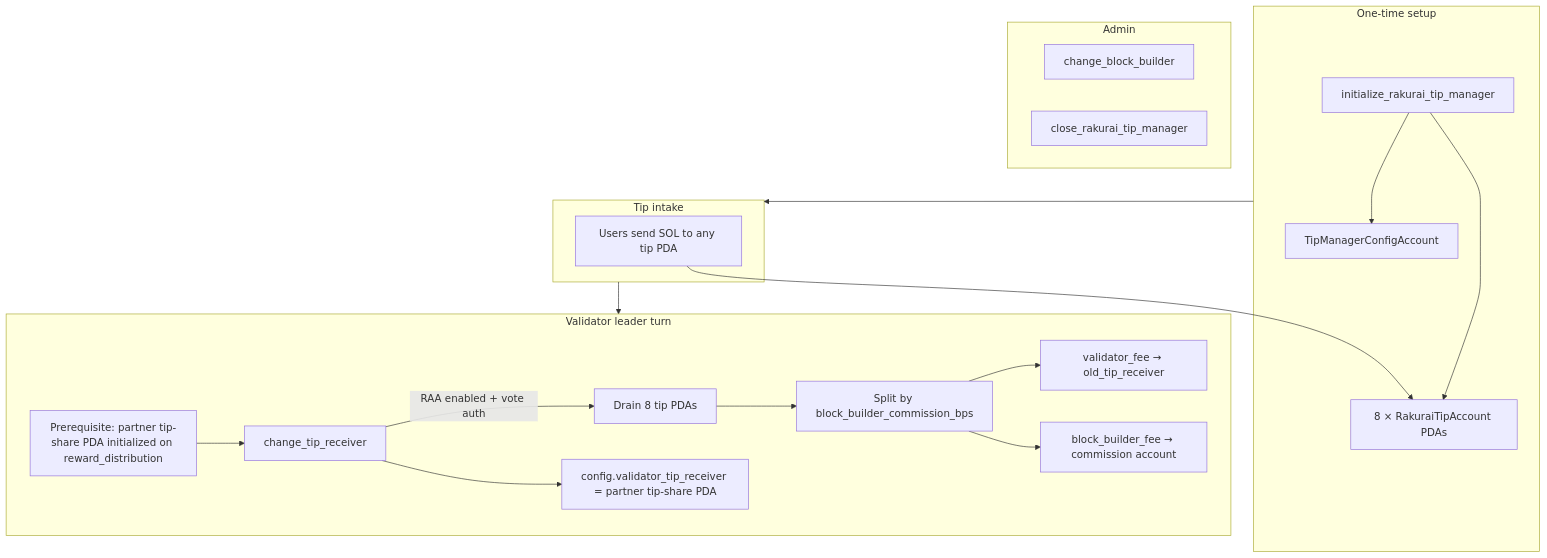
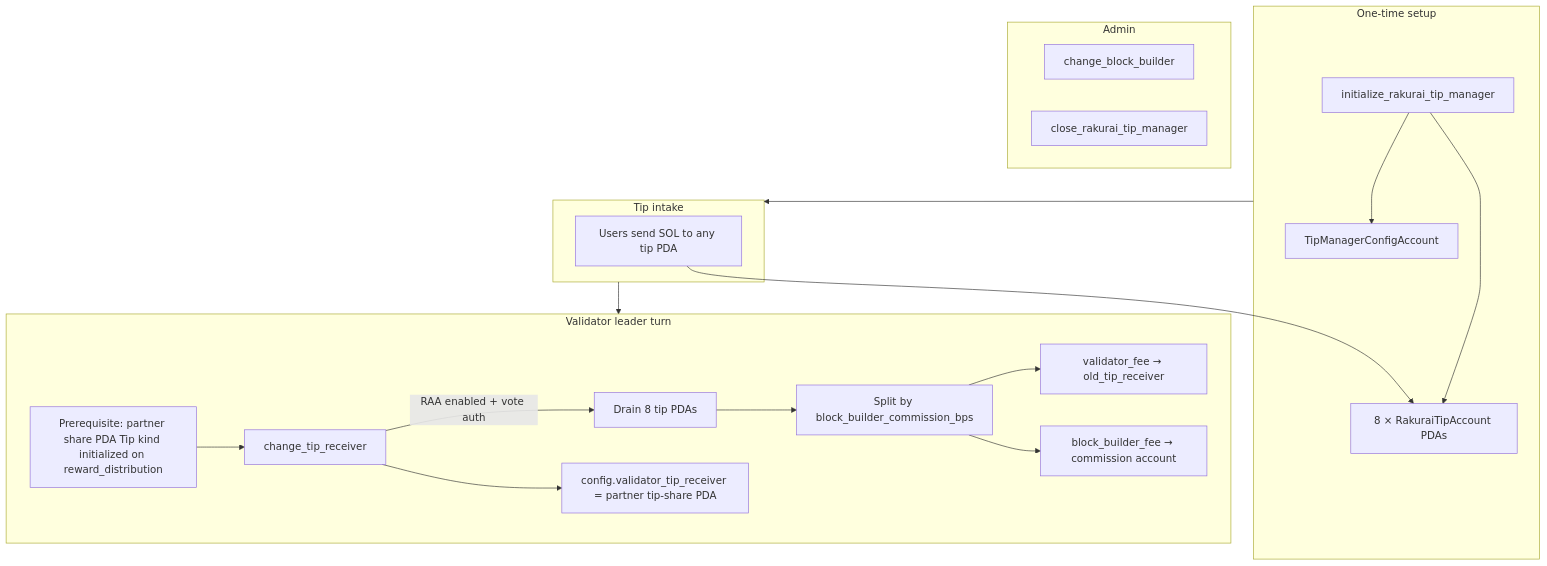
One commit to rakurai-io/rakurai_programs changed the third of 4 diagrams in diagram/program-flow-diagrams.md. Above: the diagram before and after it, drawn with Mermaid. The commit also changed other lines of this file and 9 other files, not shown here.

````diff
--- a/diagram/program-flow-diagrams.md
+++ b/diagram/program-flow-diagrams.md
@@ -109,32 +111,32 @@
 ```mermaid
 flowchart TD
     subgraph setup [One-time setup]
         T0[initialize_rakurai_tip_manager]
         T0 --> CFG[TipManagerConfigAccount]
         T0 --> TIPS[8 × RakuraiTipAccount PDAs]
     end
 
     subgraph users [Tip intake]
         U1[Users send SOL to any tip PDA]
         U1 --> TIPS
     end
 
     subgraph drain [Validator leader turn]
-        PRE[Prerequisite: partner tip-share PDA initialized on reward_distribution]
+        PRE[Prerequisite: partner share PDA Tip kind initialized on reward_distribution]
         V1[change_tip_receiver]
         V1 -->|RAA enabled + vote auth| DRAIN[Drain 8 tip PDAs]
         DRAIN --> SPLIT[Split by block_builder_commission_bps]
         SPLIT --> OLD[validator_fee → old_tip_receiver]
         SPLIT --> BB[block_builder_fee → commission account]
         V1 --> CFG2[config.validator_tip_receiver = partner tip-share PDA]
     end
 
     subgraph admin [Admin]
         A1[change_block_builder]
         A2[close_rakurai_tip_manager]
     end
 
     setup --> users
     users --> drain
     PRE --> V1
 ```
````
